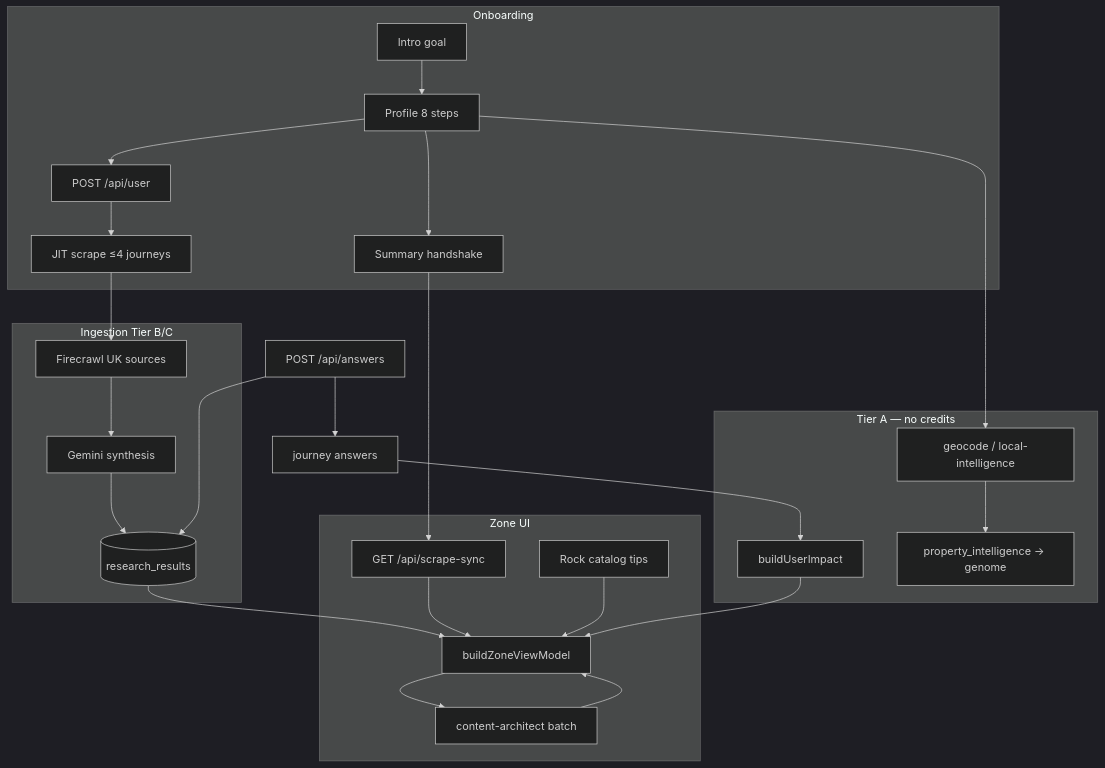
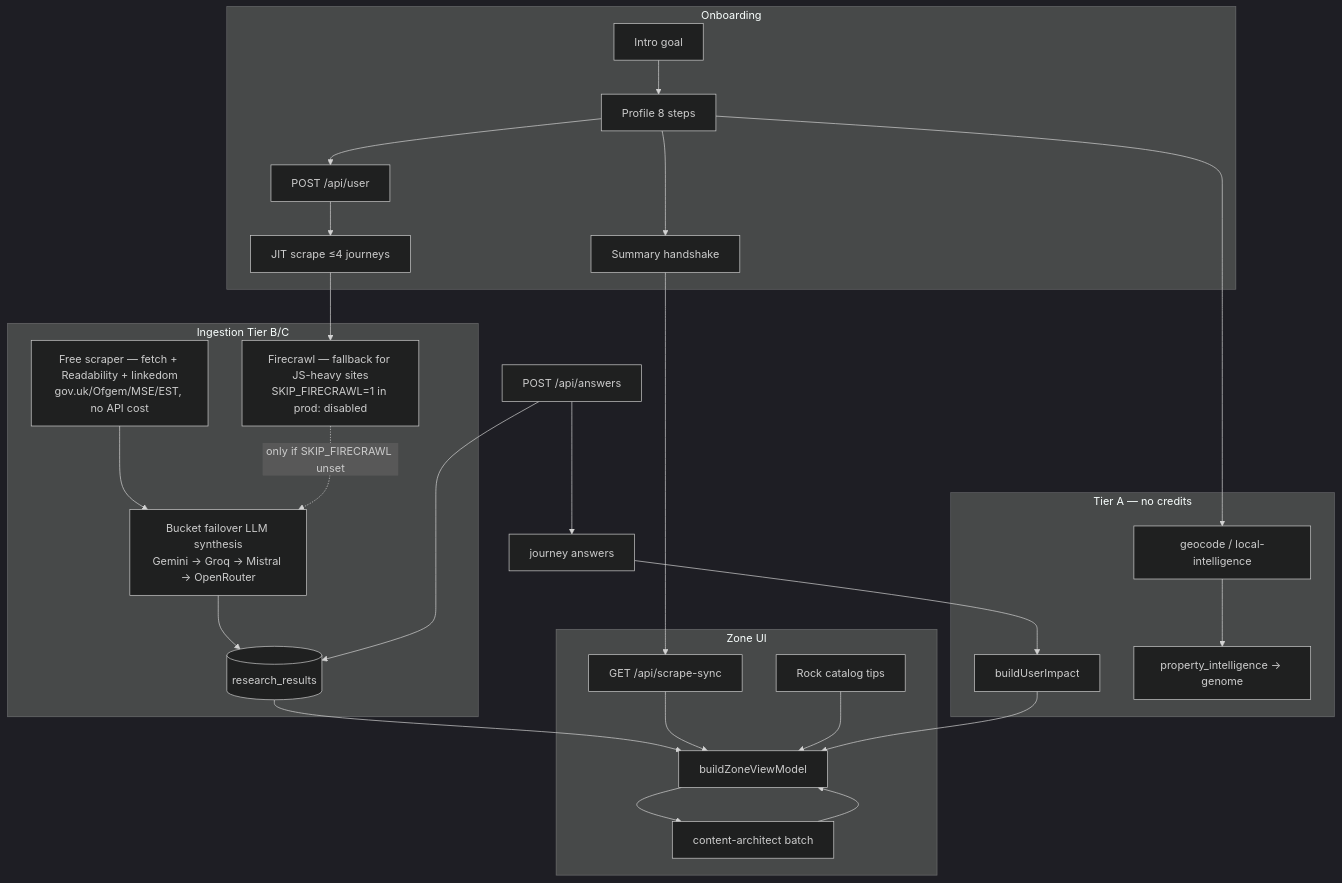
One commit to 00app/00-ULM changed the diagram in docs/GUARDRAILS-AND-PIPELINE.md. Above: the diagram before and after it, drawn with Mermaid (dark theme). The commit also changed other lines of this file and 2 other files, not shown here.

First line of the commit message:
Update docs to match tonight's real pipeline: free-scraper-first ingest, bucket failover, mechanical fallback flag, Awin, region fix

````diff
--- a/docs/GUARDRAILS-AND-PIPELINE.md
+++ b/docs/GUARDRAILS-AND-PIPELINE.md
@@ -67,36 +72,39 @@
 ```mermaid
 flowchart TB
   subgraph onboard [Onboarding]
     INTRO[Intro goal] --> PROF[Profile 8 steps]
     PROF --> USER[POST /api/user]
     USER --> JIT[JIT scrape ≤4 journeys]
     PROF --> SUM[Summary handshake]
   end
   subgraph ingest [Ingestion Tier B/C]
-    FC[Firecrawl UK sources]
-    GM[Gemini synthesis]
-    FC --> GM --> NEON[(research_results)]
+    SCR[Free scraper — fetch + Readability + linkedom<br/>gov.uk/Ofgem/MSE/EST, no API cost]
+    FC[Firecrawl — fallback for JS-heavy sites<br/>SKIP_FIRECRAWL=1 in prod: disabled]
+    BF[Bucket failover LLM synthesis<br/>Gemini → Groq → Mistral → OpenRouter]
+    SCR --> BF
+    FC -.->|only if SKIP_FIRECRAWL unset| BF
+    BF --> NEON[(research_results)]
   end
   subgraph free [Tier A — no credits]
     GEO[geocode / local-intelligence]
     PI[property_intelligence → genome]
     IMP[buildUserImpact]
   end
   subgraph ui [Zone UI]
     SYNC[GET /api/scrape-sync]
     VM[buildZoneViewModel]
     ARCH[content-architect batch]
     ROCK[Rock catalog tips]
   end
   JIT --> FC
   SUM --> SYNC
   PROF --> GEO --> PI
   SYNC --> VM
   NEON --> VM
   IMP --> VM
   JA[journey answers] --> IMP
   VM --> ARCH --> VM
   ROCK --> VM
   ANS[POST /api/answers] --> JA
   ANS --> NEON
 ```
````
